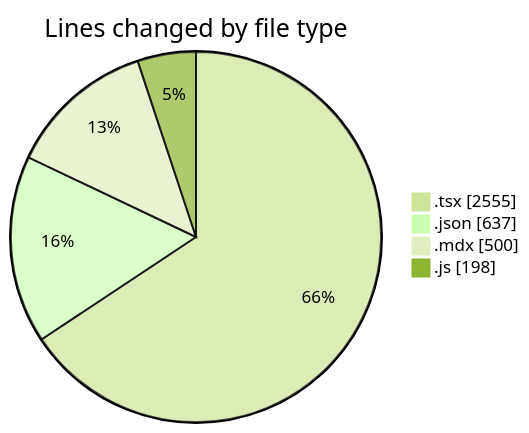
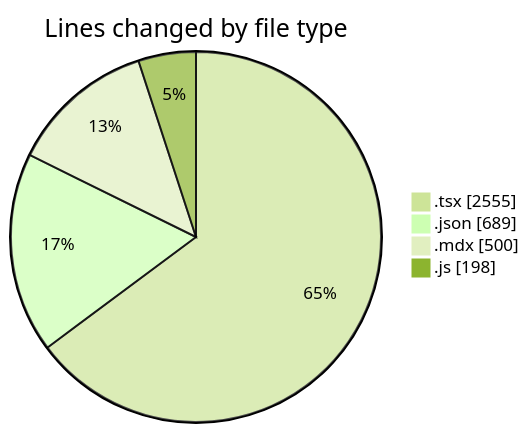
Before and after one commit to momahboobian/code-tracking: the first of 2 diagrams in 2026-01-12/cda/README.md, drawn with Mermaid (forest theme). The commit also changed other lines of this file and 1 other file, not shown here.

````diff
--- a/2026-01-12/cda/README.md
+++ b/2026-01-12/cda/README.md
@@ -27,8 +28,8 @@
 ```mermaid
 pie showData
 title Lines changed by file type
 ".tsx" : 2555
-".json" : 637
+".json" : 689
 ".mdx" : 500
 ".js" : 198
 ```
````
